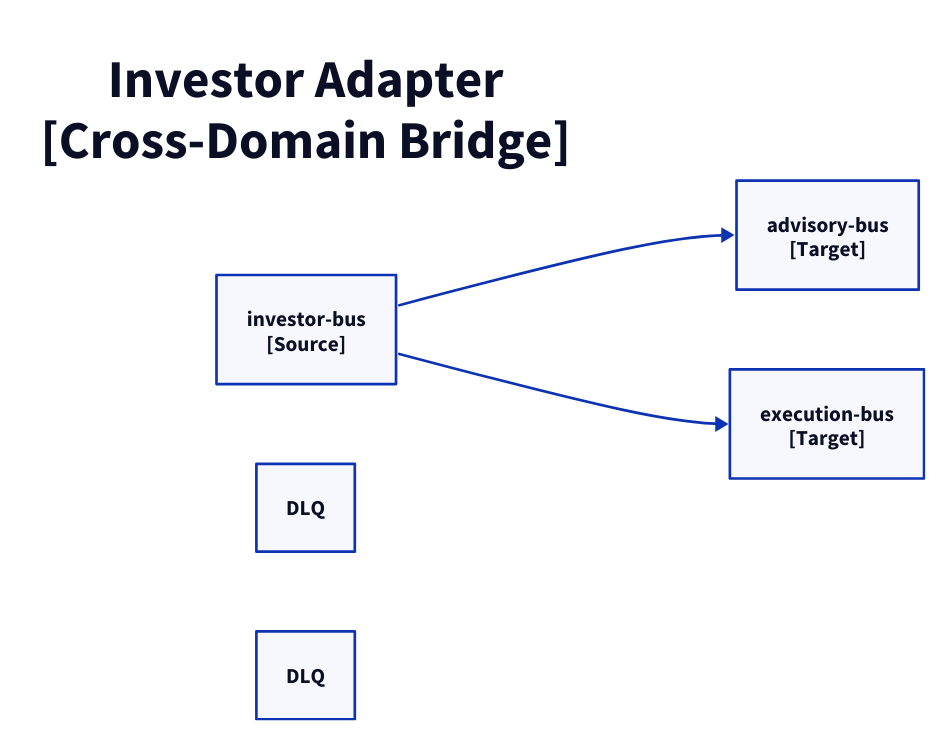
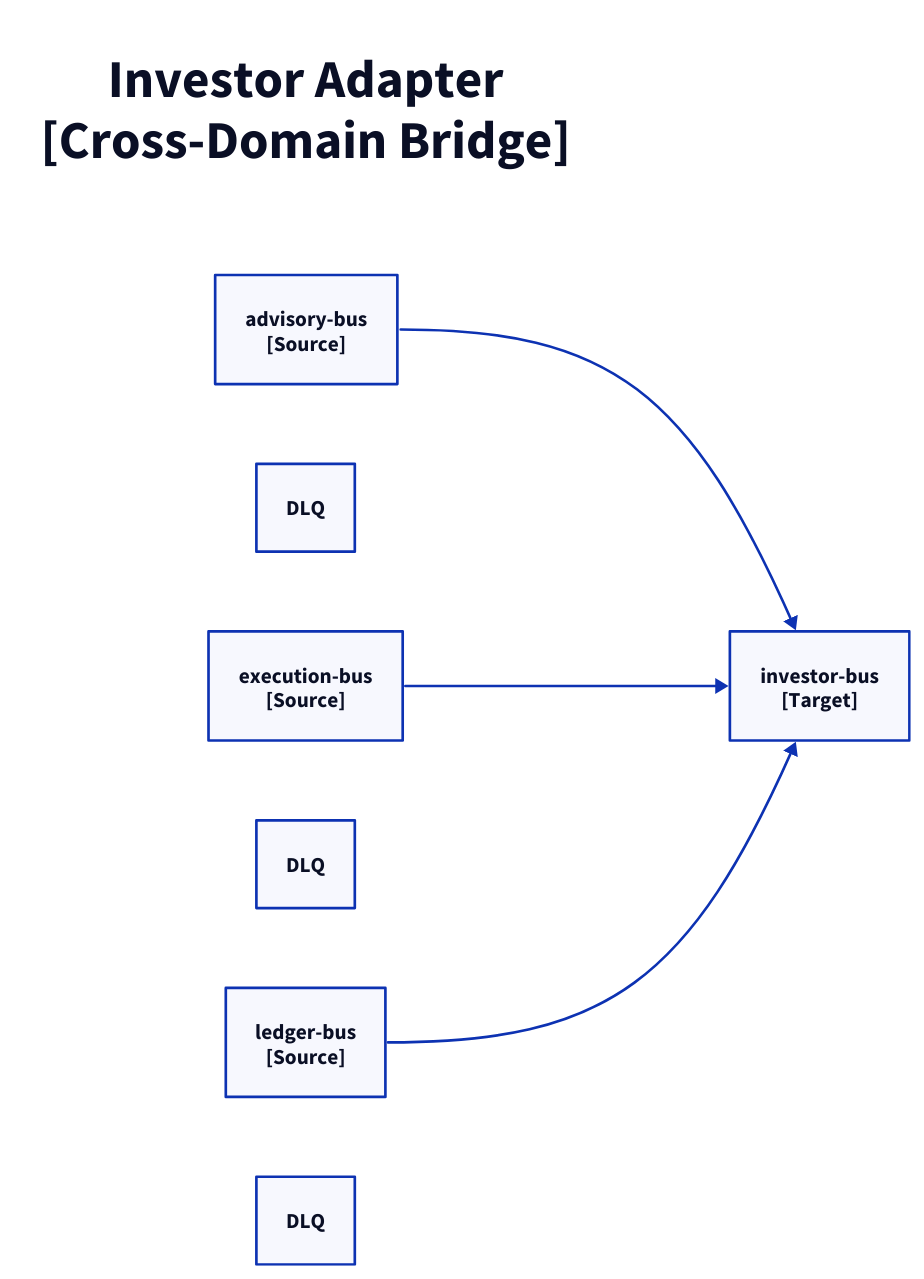
The diagram in docs/architecture/c3/investor-adpt.d2 (fabio-vitali/nestfolio), drawn with D2 before and after one commit. The commit also changed 14 other files, not shown here.

First line of the commit message:
fix(c4): update diagram generator for pull model adapter event routing

```diff
--- a/docs/architecture/c3/investor-adpt.d2
+++ b/docs/architecture/c3/investor-adpt.d2
@@ -1,17 +1,21 @@
 direction: right
 
 title: "Investor Adapter\n[Cross-Domain Bridge]" {
   style: { font-size: 40; bold: true; fill: transparent; stroke: transparent }
 }
 
-source: "investor-bus\n[Source]" { class: aws-eventbridge }
+target: "investor-bus\n[Target]" { class: aws-eventbridge }
 
-to-advisory: "advisory-bus\n[Target]" { class: aws-eventbridge }
-to-advisory-dlq: "DLQ" { class: aws-dlq }
-source -> to-advisory
+investor-ingress-from-advisory: "advisory-bus\n[Source]" { class: aws-eventbridge }
+investor-ingress-from-advisory-dlq: "DLQ" { class: aws-dlq }
+investor-ingress-from-advisory -> target
 
-to-execution: "execution-bus\n[Target]" { class: aws-eventbridge }
-to-execution-dlq: "DLQ" { class: aws-dlq }
-source -> to-execution
+investor-ingress-from-execution: "execution-bus\n[Source]" { class: aws-eventbridge }
+investor-ingress-from-execution-dlq: "DLQ" { class: aws-dlq }
+investor-ingress-from-execution -> target
+
+investor-ingress-from-ledger: "ledger-bus\n[Source]" { class: aws-eventbridge }
+investor-ingress-from-ledger-dlq: "DLQ" { class: aws-dlq }
+investor-ingress-from-ledger -> target
 
 # Flows
```
